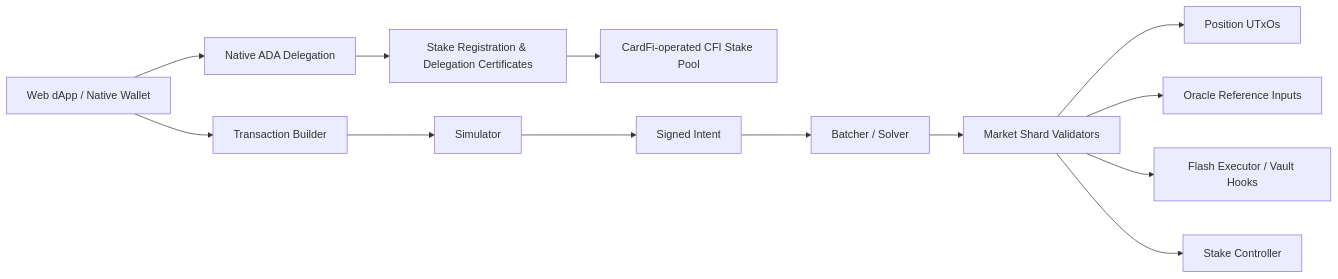
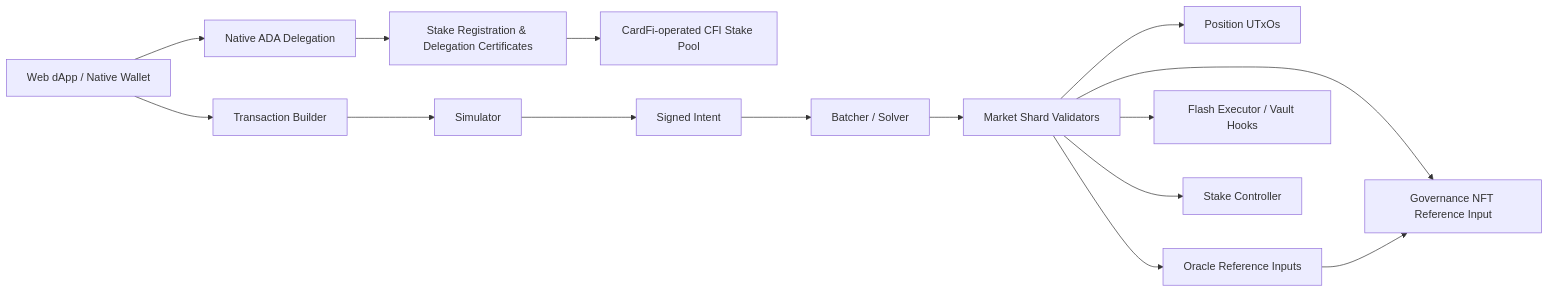
Before and after one commit to doki03164/CARDFI: the diagram in docs/ARCHITECTURE.md, drawn with Mermaid. The commit also changed other lines of this file and 8 other files, not shown here.

````diff
--- a/docs/ARCHITECTURE.md
+++ b/docs/ARCHITECTURE.md
@@ -3,15 +3,17 @@
 ```mermaid
 flowchart LR
   U[Web dApp / Native Wallet] --> B[Transaction Builder]
   U --> D[Native ADA Delegation]
   D --> C[Stake Registration & Delegation Certificates]
   C --> SPO[CardFi-operated CFI Stake Pool]
   B --> S[Simulator]
   S --> I[Signed Intent]
   I --> X[Batcher / Solver]
   X --> M[Market Shard Validators]
   M --> P[Position UTxOs]
   M --> O[Oracle Reference Inputs]
+  M --> G[Governance NFT Reference Input]
+  O --> G
   M --> H[Flash Executor / Vault Hooks]
   M --> T[Stake Controller]
 ```
````
